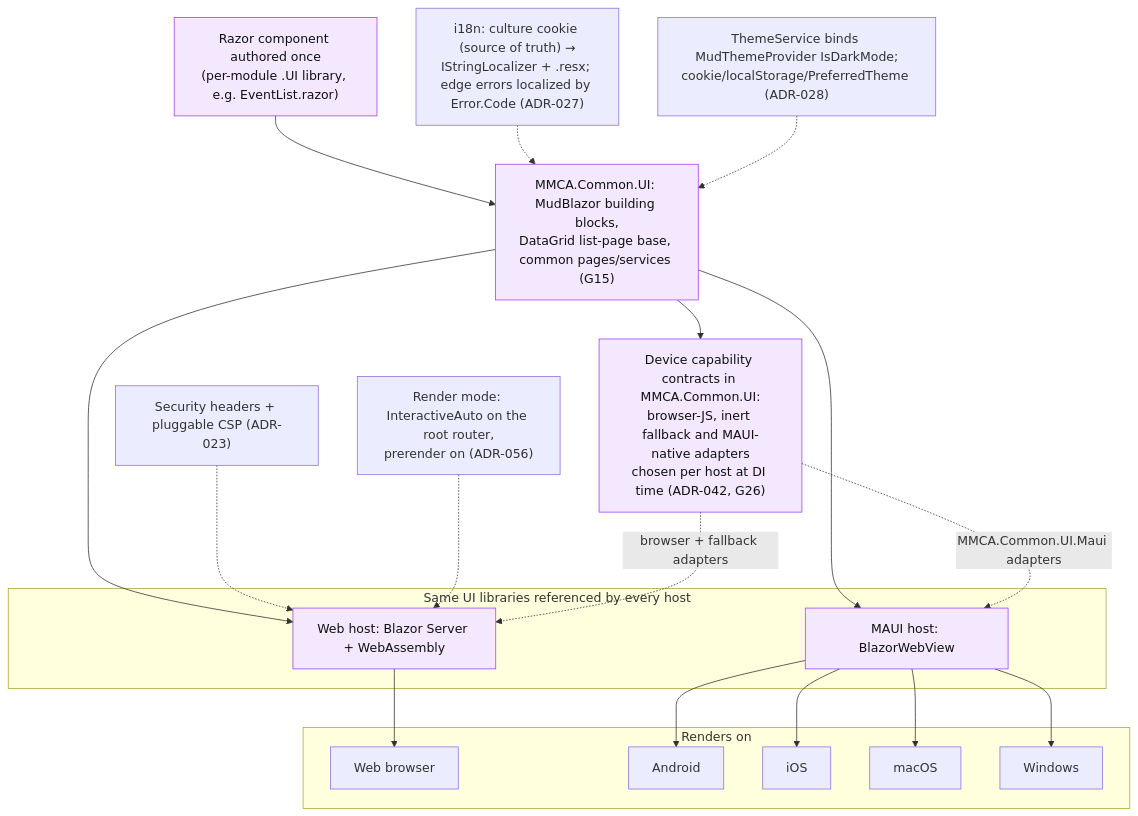
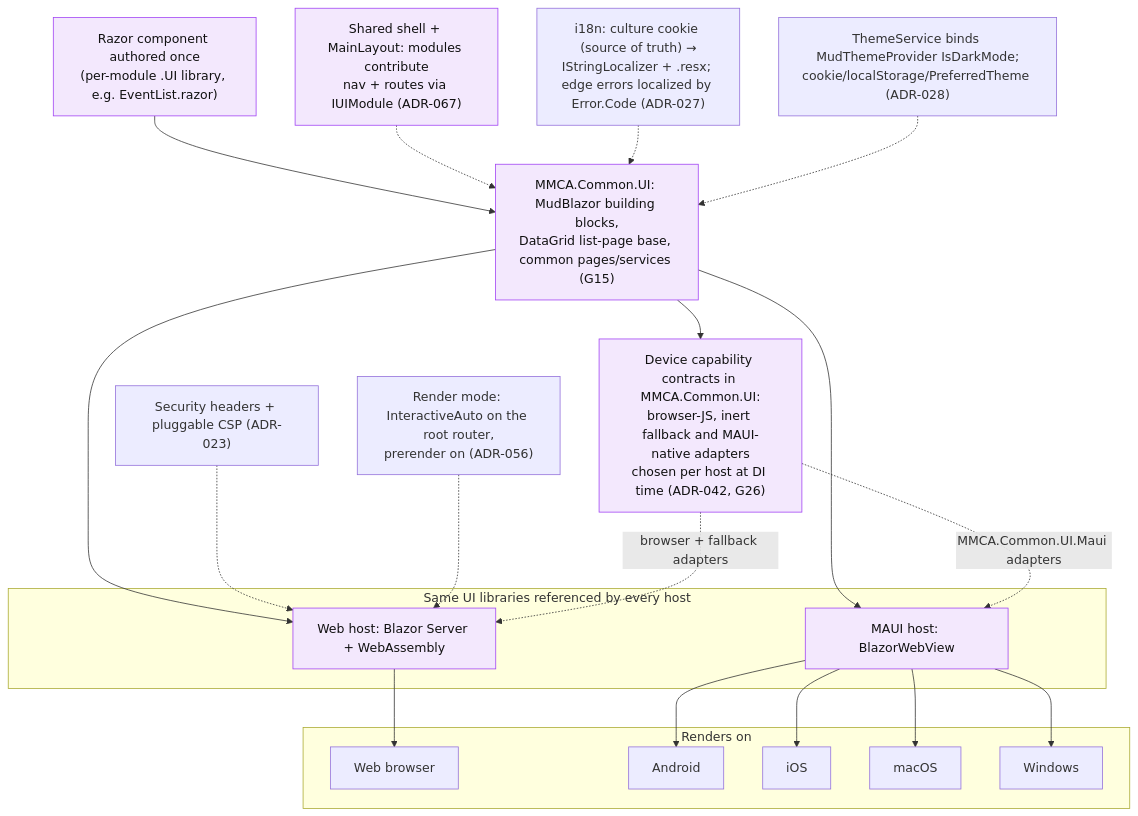
One commit to ivanball/ivanball.github.io changed diagram 11 of 15 in docs-src/onboarding/CONCEPT-MAPS.md. Above: the diagram before and after it, drawn with Mermaid. The commit also changed other lines of this file and 3 other files, not shown here.

````diff
--- a/docs-src/onboarding/CONCEPT-MAPS.md
+++ b/docs-src/onboarding/CONCEPT-MAPS.md
@@ -563,40 +576,42 @@
 ```mermaid
 flowchart TD
     PAGE["Razor component authored once<br/>(per-module .UI library, e.g. EventList.razor)"]
     COMMONUI["MMCA.Common.UI: MudBlazor building blocks,<br/>DataGrid list-page base, common pages/services (G15)"]
+    SHELL["Shared shell + MainLayout: modules contribute<br/>nav + routes via IUIModule (ADR-067)"]
 
     subgraph HOSTS["Same UI libraries referenced by every host"]
         WEB["Web host: Blazor Server + WebAssembly"]
         MAUI["MAUI host: BlazorWebView"]
     end
 
     subgraph TARGETS["Renders on"]
         BROWSER["Web browser"]
         AND["Android"]
         IOS["iOS"]
         MAC["macOS"]
         WIN["Windows"]
     end
 
     I18N["i18n: culture cookie (source of truth) →<br/>IStringLocalizer + .resx; edge errors localized by Error.Code (ADR-027)"]
     THEME["ThemeService binds MudThemeProvider IsDarkMode;<br/>cookie/localStorage/PreferredTheme (ADR-028)"]
     CSP["Security headers + pluggable CSP (ADR-023)"]
     RM["Render mode: InteractiveAuto on the root router,<br/>prerender on (ADR-056)"]
     CAP["Device capability contracts in MMCA.Common.UI:<br/>browser-JS, inert fallback and MAUI-native adapters<br/>chosen per host at DI time (ADR-042, G26)"]
 
     PAGE --> COMMONUI
     COMMONUI --> WEB
     COMMONUI --> MAUI
     WEB --> BROWSER
     MAUI --> AND & IOS & MAC & WIN
+    SHELL -.-> COMMONUI
     I18N -.-> COMMONUI
     THEME -.-> COMMONUI
     CSP -.-> WEB
     RM -.-> WEB
     COMMONUI --> CAP
     CAP -.->|"browser + fallback adapters"| WEB
     CAP -.->|"MMCA.Common.UI.Maui adapters"| MAUI
 
     classDef u fill:#f3e8fd,stroke:#a142f4,color:#111
-    class PAGE,COMMONUI,WEB,MAUI,CAP u
+    class PAGE,COMMONUI,SHELL,WEB,MAUI,CAP u
 ```
````
